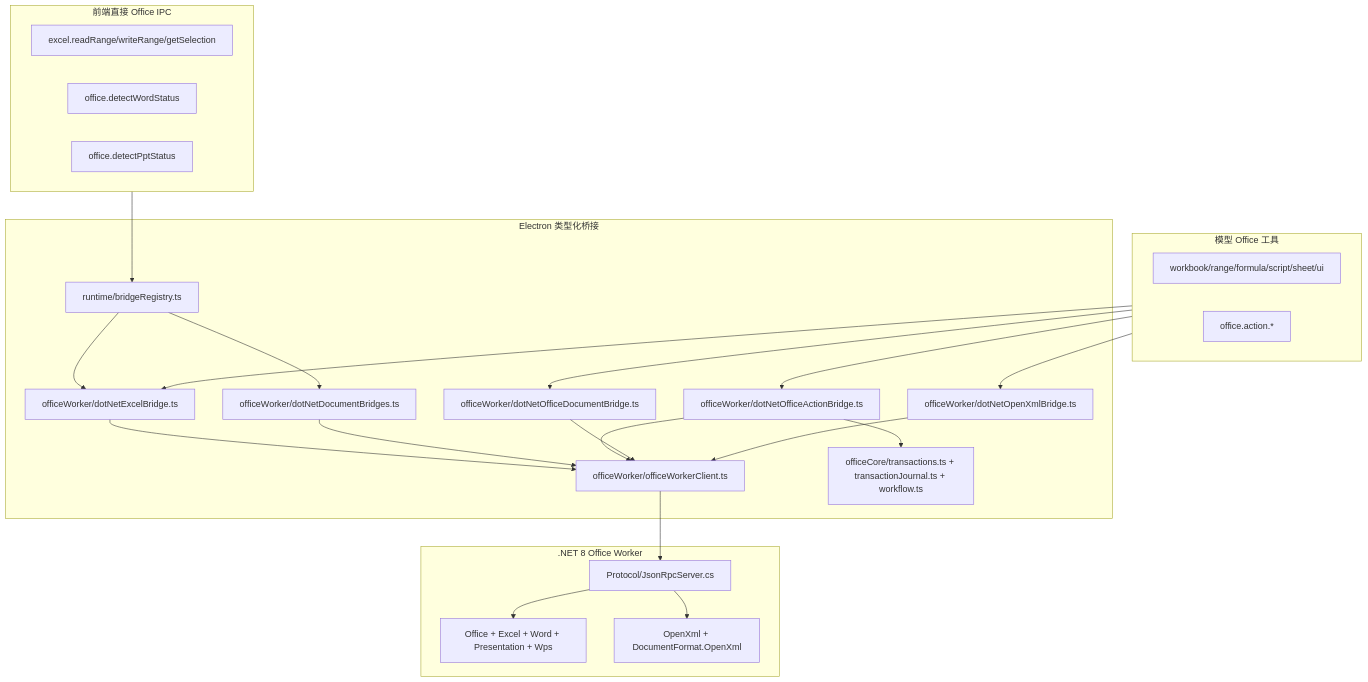
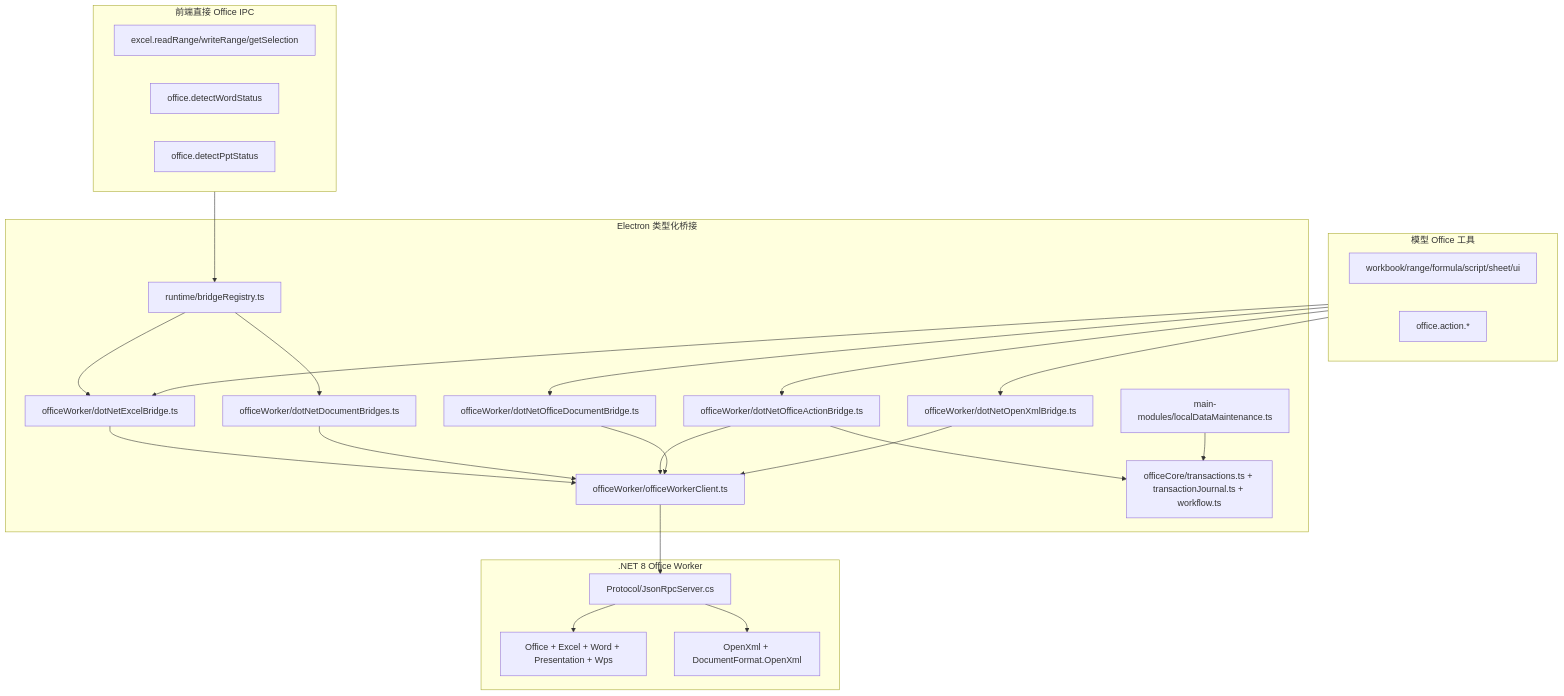
One commit to Laowang3366/excel-ai-plugin-new-feature changed the seventh of 11 diagrams in docs/architecture-map.md. Above: the diagram before and after it, drawn with Mermaid. The commit also changed 9 other files, not shown here.

Commit message:
feat: enforce local data retention limits

````diff
--- a/docs/architecture-map.md
+++ b/docs/architecture-map.md
@@ -317,47 +317,49 @@
 ```mermaid
 flowchart TB
   subgraph DirectIPC["前端直接 Office IPC"]
     ExcelUi["excel.readRange/writeRange/getSelection"]
     WordStatus["office.detectWordStatus"]
     PptStatus["office.detectPptStatus"]
   end
 
   subgraph AgentTools["模型 Office 工具"]
     ExcelTools["workbook/range/formula/script/sheet/ui"]
     OfficeTools["office.action.*"]
   end
 
   subgraph Bridges["Electron 类型化桥接"]
     Registry["runtime/bridgeRegistry.ts"]
     ExcelBridge["officeWorker/dotNetExcelBridge.ts"]
     DocumentBridges["officeWorker/dotNetDocumentBridges.ts"]
     ActionBridge["officeWorker/dotNetOfficeActionBridge.ts"]
     Documents["officeWorker/dotNetOfficeDocumentBridge.ts"]
     OpenXmlBridge["officeWorker/dotNetOpenXmlBridge.ts"]
     Client["officeWorker/officeWorkerClient.ts"]
     Transactions["officeCore/transactions.ts + transactionJournal.ts + workflow.ts"]
+    Retention["main-modules/localDataMaintenance.ts"]
   end
 
   subgraph Worker[".NET 8 Office Worker"]
     JsonRpc["Protocol/JsonRpcServer.cs"]
     ComServices["Office + Excel + Word + Presentation + Wps"]
     OpenXmlServices["OpenXml + DocumentFormat.OpenXml"]
   end
 
   DirectIPC --> Registry
   Registry --> ExcelBridge
   Registry --> DocumentBridges
   AgentTools --> ExcelBridge
   AgentTools --> ActionBridge
   AgentTools --> Documents
   AgentTools --> OpenXmlBridge
   ActionBridge --> Transactions
+  Retention --> Transactions
   ExcelBridge --> Client
   DocumentBridges --> Client
   ActionBridge --> Client
   Documents --> Client
   OpenXmlBridge --> Client
   Client --> JsonRpc
   JsonRpc --> ComServices
   JsonRpc --> OpenXmlServices
 ```
````
